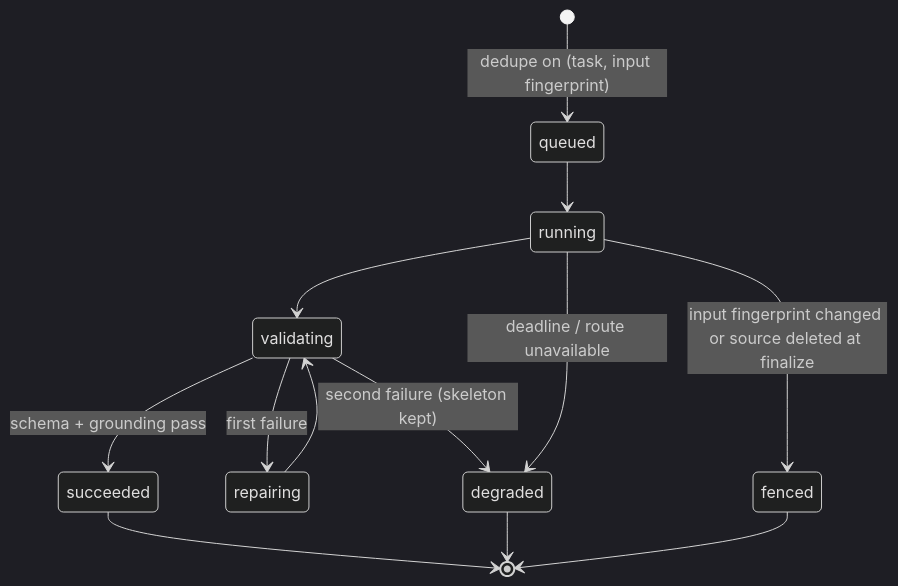
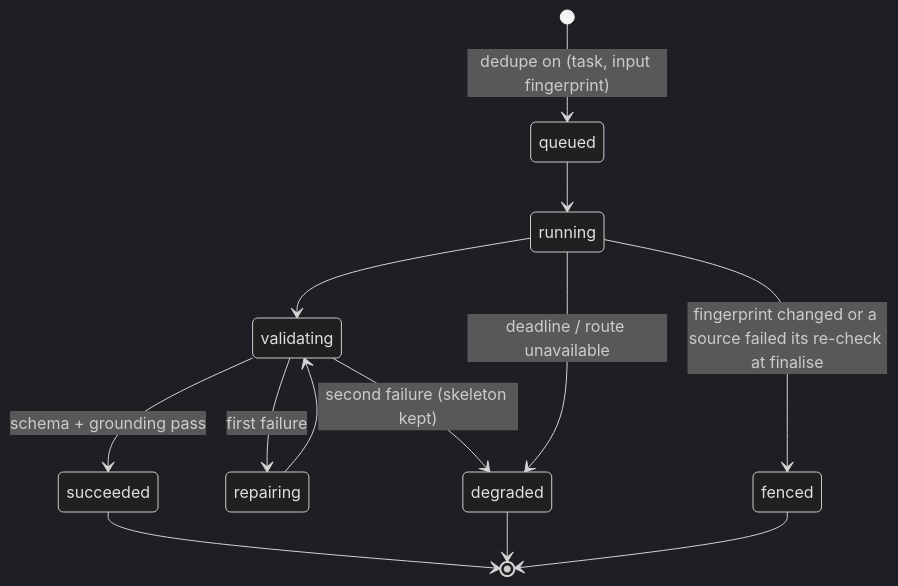
One commit to arvindsoni2/hatch changed the ninth of 10 diagrams in docs/implementation-specs/active/2026-10-22-coach-phase2-readiness-loop.md. Above: the diagram before and after it, drawn with Mermaid (dark theme). The commit also changed other lines of this file and 20 other files, not shown here.

````diff
--- a/docs/implementation-specs/active/2026-10-22-coach-phase2-readiness-loop.md
+++ b/docs/implementation-specs/active/2026-10-22-coach-phase2-readiness-loop.md
@@ -561,15 +678,15 @@
 ```mermaid
 stateDiagram-v2
   [*] --> queued: dedupe on (task, input fingerprint)
   queued --> running
   running --> validating
   validating --> succeeded: schema + grounding pass
   validating --> repairing: first failure
   repairing --> validating
   validating --> degraded: second failure (skeleton kept)
   running --> degraded: deadline / route unavailable
-  running --> fenced: input fingerprint changed or source deleted at finalize
+  running --> fenced: fingerprint changed or a source failed its re-check at finalise
   succeeded --> [*]
   degraded --> [*]
   fenced --> [*]
 ```
````
